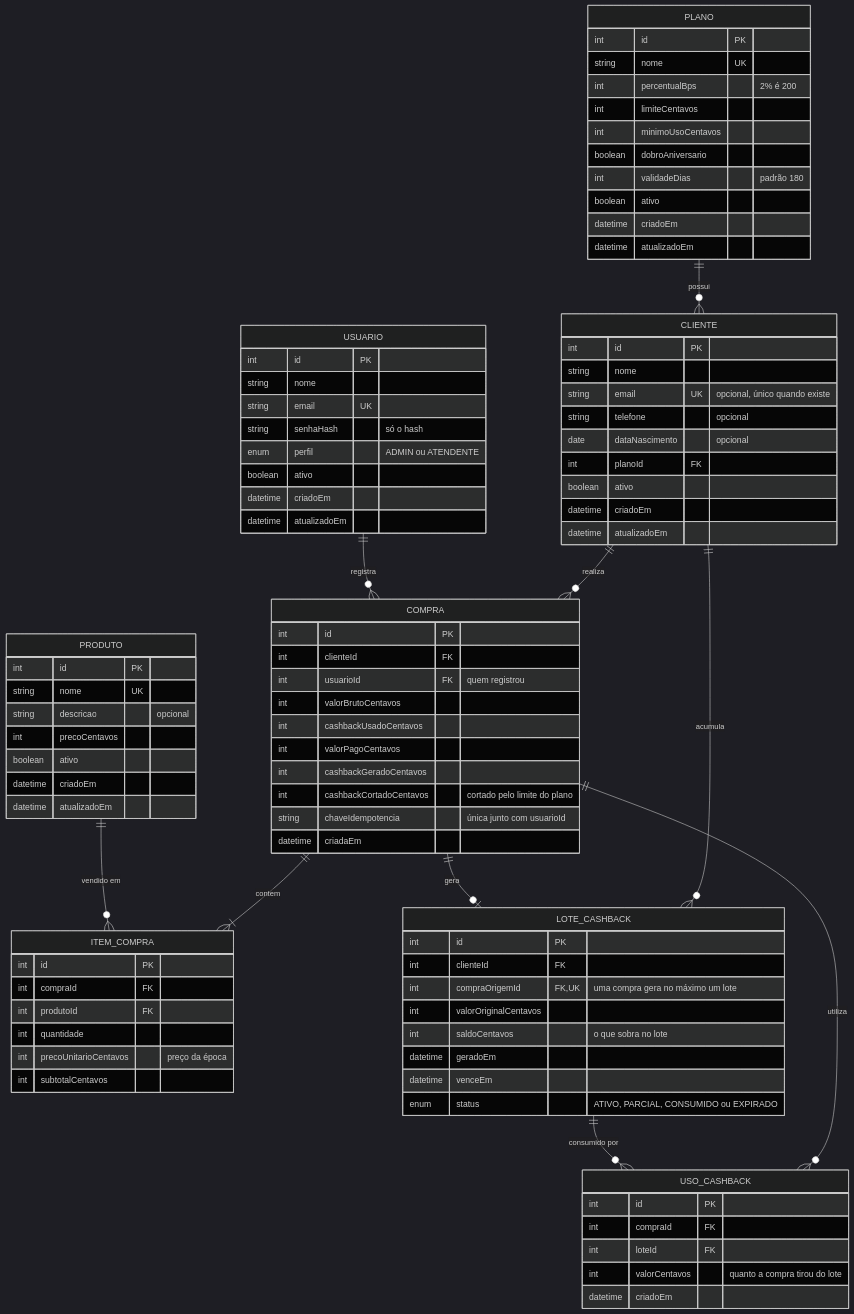
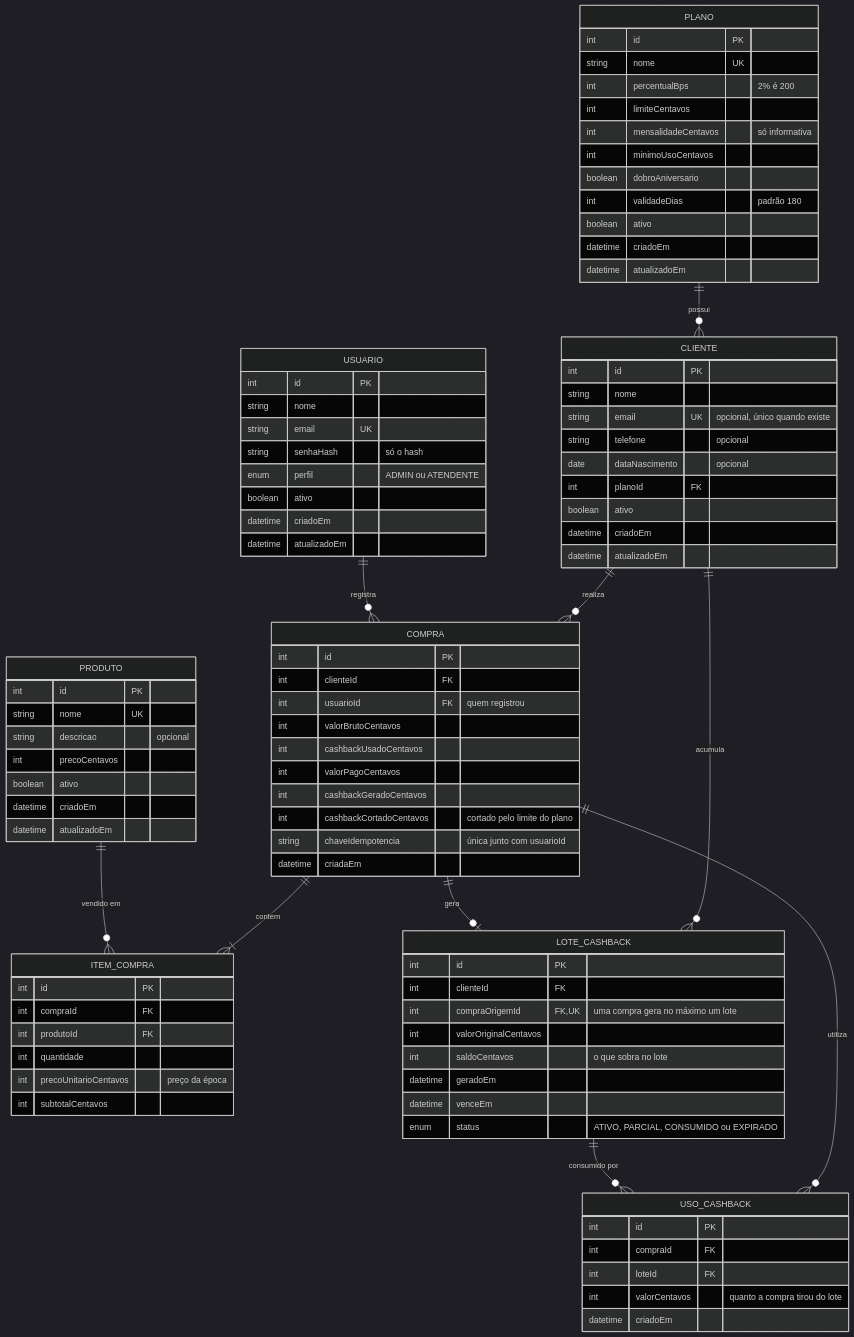
The second of 5 diagrams in context/arquitetura/visaoGeralDaApi.md (Le0nardoCabral/Grao-a-Grao), drawn with Mermaid (dark theme) before and after one commit. The commit also changed other lines of this file and 7 other files, not shown here.

Commit message:
docs: adiciona a mensalidade informativa ao plano

```diff
--- a/context/arquitetura/visaoGeralDaApi.md
+++ b/context/arquitetura/visaoGeralDaApi.md
@@ -131,6 +131,7 @@
         string nome UK
         int percentualBps "2% é 200"
         int limiteCentavos
+        int mensalidadeCentavos "só informativa"
         int minimoUsoCentavos
         boolean dobroAniversario
         int validadeDias "padrão 180"
```
